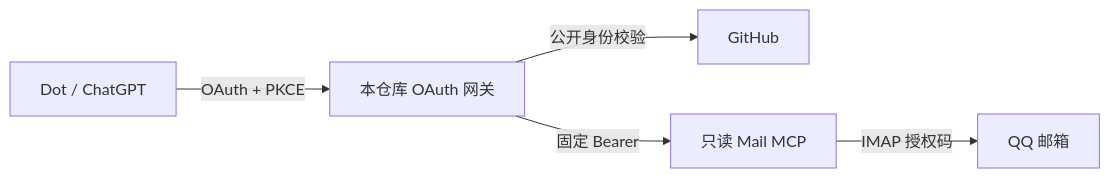
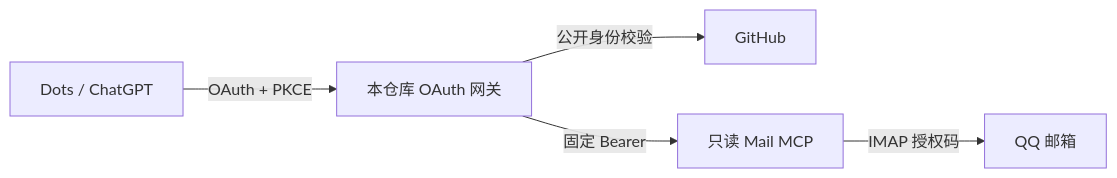
Before and after one commit to TheBlueZones/qqmail-dots-integration-notes: the diagram in references/deployment.md, drawn with Mermaid. The commit also changed other lines of this file and 6 other files, not shown here.

````diff
--- a/references/deployment.md
+++ b/references/deployment.md
@@ -5,7 +5,7 @@
 ```mermaid
 flowchart LR
-    D[Dot / ChatGPT] -->|OAuth + PKCE| G[本仓库 OAuth 网关]
+    D[Dots / ChatGPT] -->|OAuth + PKCE| G[本仓库 OAuth 网关]
     G -->|公开身份校验| H[GitHub]
     G -->|固定 Bearer| R[只读 Mail MCP]
     R -->|IMAP 授权码| Q[QQ 邮箱]
 ```
````
